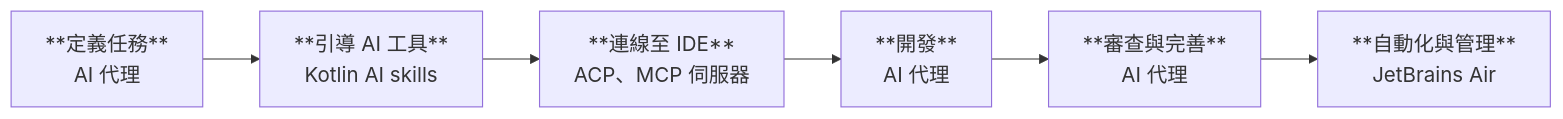
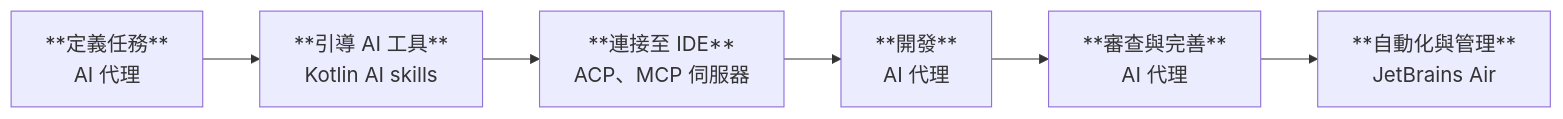
Before and after one commit to BinaryTape/Open-AIDoc: the diagram in docs/zh-Hant/kotlin/ai-for-development.md, drawn with Mermaid. The commit also changed other lines of this file and 193 other files, not shown here.

````diff
--- a/docs/zh-Hant/kotlin/ai-for-development.md
+++ b/docs/zh-Hant/kotlin/ai-for-development.md
@@ -12,20 +13,20 @@
 ```mermaid
 graph LR
     DefineTask["**定義任務**
         AI 代理"]
     Guide["**引導 AI 工具**
         Kotlin AI skills"]
-    Connect["**連線至 IDE**
+    Connect["**連接至 IDE**
         ACP、MCP 伺服器"]
     Implement["**開發**
         AI 代理"]
     Review["**審查與完善**
         AI 代理"]
     Automate["**自動化與管理**
         JetBrains Air"]
 
     DefineTask --> Guide --> Connect --> Implement --> Review --> Automate
 
     classDef largeNode font-size:18px;
     class DefineTask,Guide,Connect,Implement,Review,Automate largeNode;
 ```
````
